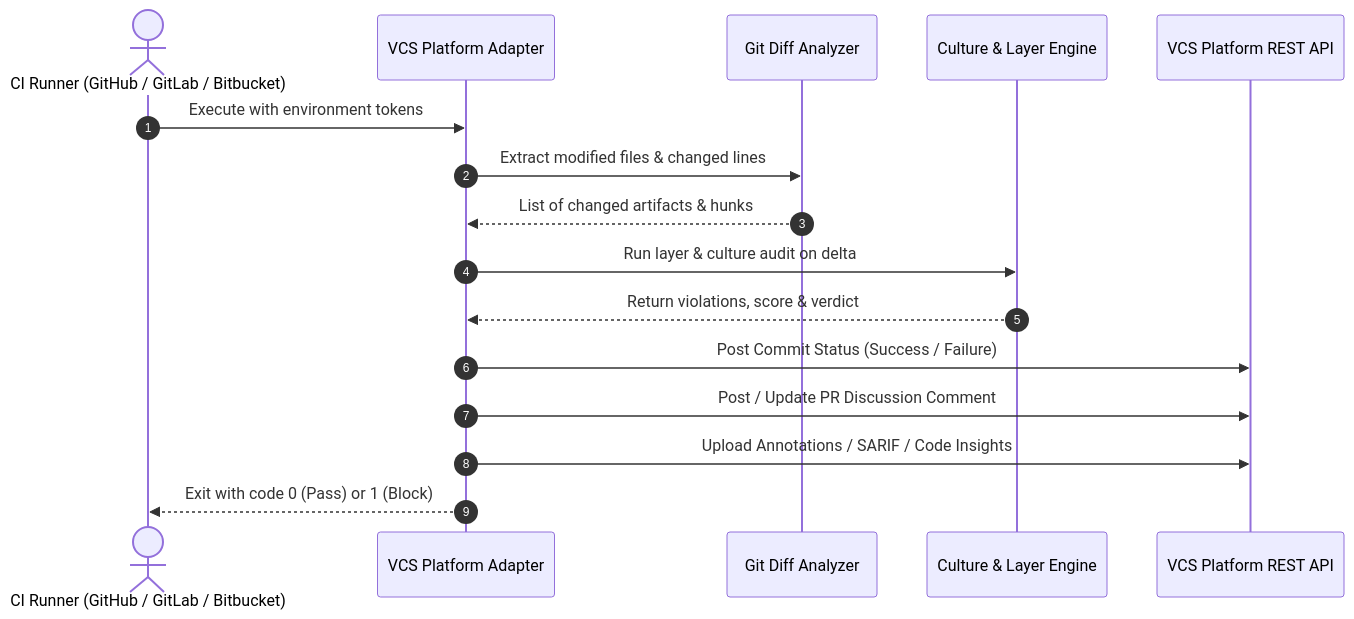
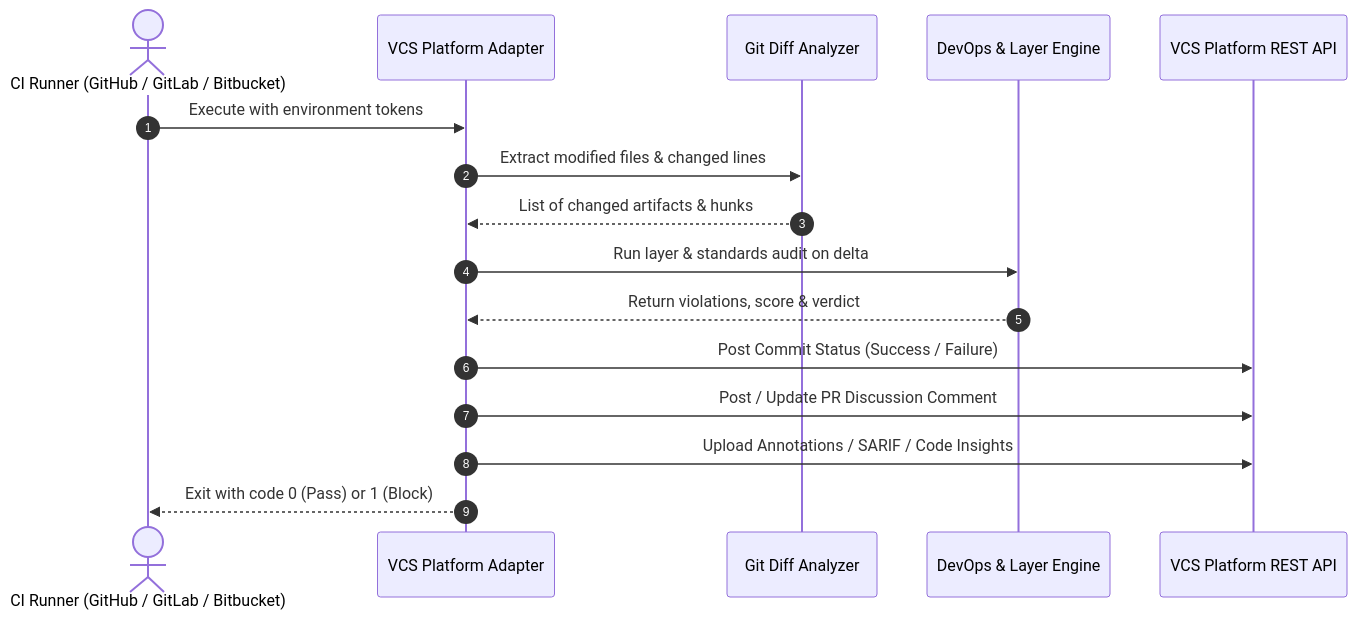
Before and after one commit to GiovaniRodrigo/bend-devops: the second of 2 diagrams in specs/003-vcs-git-platforms-integration/spec.md, drawn with Mermaid. The commit also changed other lines of this file and 44 other files, not shown here.

Commit message:
docs(devops): rebrand repository to bend-devops and update all documentation to DevOps philosophy

````diff
--- a/specs/003-vcs-git-platforms-integration/spec.md
+++ b/specs/003-vcs-git-platforms-integration/spec.md
@@ -119,19 +119,19 @@
 ```mermaid
 sequenceDiagram
     autonumber
     actor CI as CI Runner (GitHub / GitLab / Bitbucket)
     participant Adapter as VCS Platform Adapter
     participant Diff as Git Diff Analyzer
-    participant Engine as Culture & Layer Engine
+    participant Engine as DevOps & Layer Engine
     participant API as VCS Platform REST API
 
     CI->>Adapter: Execute with environment tokens
     Adapter->>Diff: Extract modified files & changed lines
     Diff-->>Adapter: List of changed artifacts & hunks
-    Adapter->>Engine: Run layer & culture audit on delta
+    Adapter->>Engine: Run layer & standards audit on delta
     Engine-->>Adapter: Return violations, score & verdict
     Adapter->>API: Post Commit Status (Success / Failure)
     Adapter->>API: Post / Update PR Discussion Comment
     Adapter->>API: Upload Annotations / SARIF / Code Insights
     Adapter-->>CI: Exit with code 0 (Pass) or 1 (Block)
 ```
````
